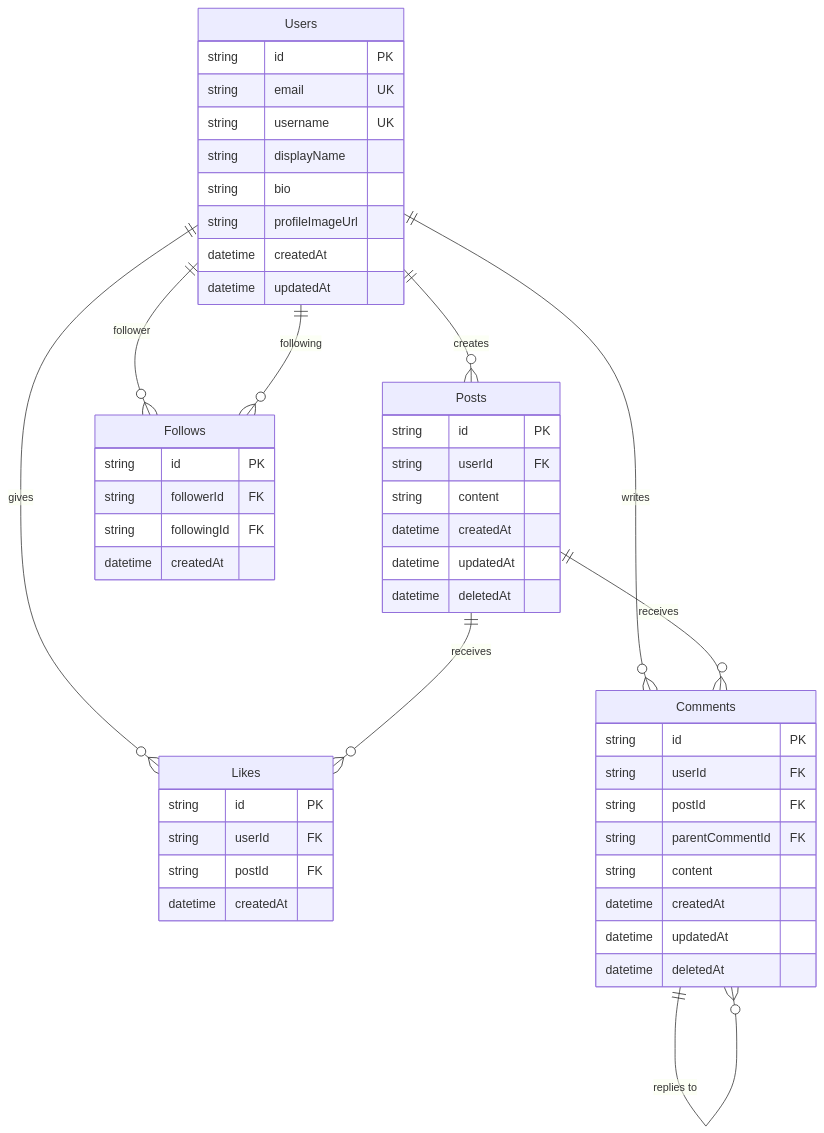
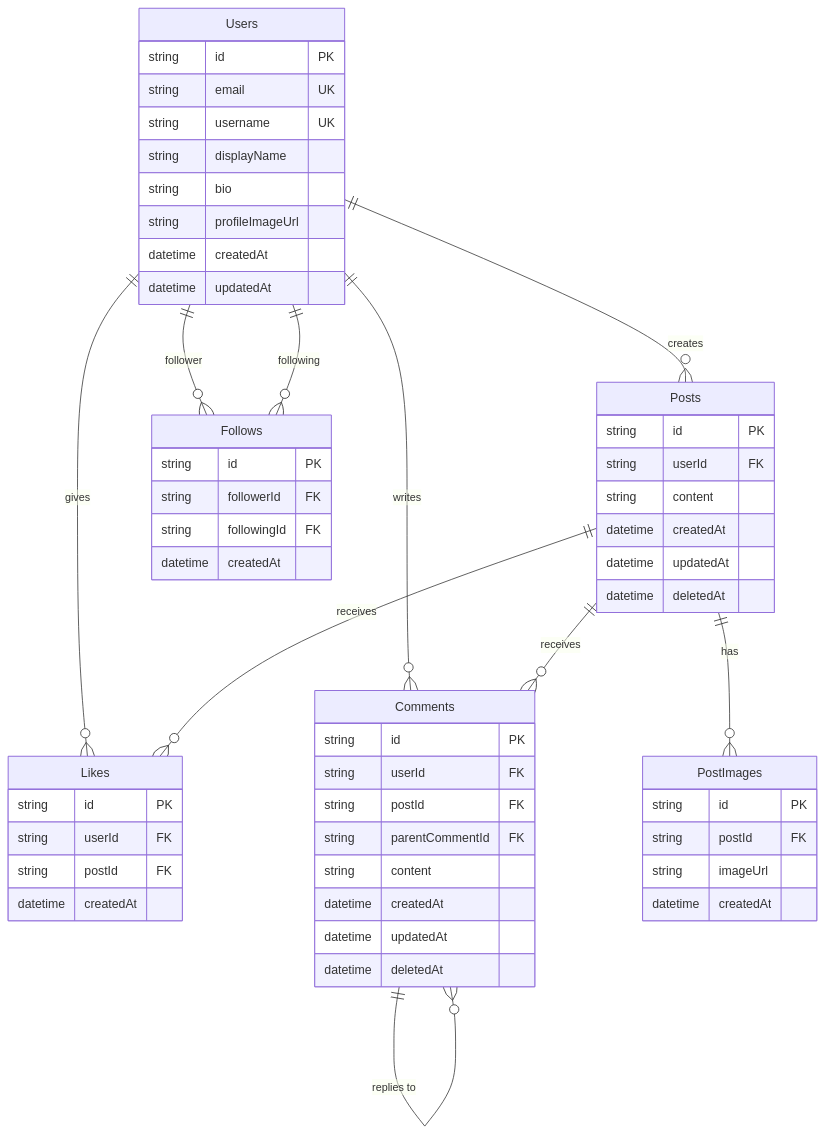
The diagram in document.md (NAGIOuni/docker-prac), drawn with Mermaid before and after one commit. The commit also changed other lines of this file, not shown here.

````diff
--- a/document.md
+++ b/document.md
@@ -54,56 +74,64 @@
 ```mermaid
 erDiagram
     Users {
         string id PK
         string email UK
         string username UK
         string displayName
         string bio
         string profileImageUrl
         datetime createdAt
         datetime updatedAt
     }
 
     Posts {
         string id PK
         string userId FK
         string content
         datetime createdAt
         datetime updatedAt
         datetime deletedAt
     }
 
     Follows {
         string id PK
         string followerId FK
         string followingId FK
         datetime createdAt
     }
 
     Likes {
         string id PK
         string userId FK
         string postId FK
         datetime createdAt
     }
 
     Comments {
         string id PK
         string userId FK
         string postId FK
         string parentCommentId FK
         string content
         datetime createdAt
         datetime updatedAt
         datetime deletedAt
     }
 
+    PostImages {
+        string id PK
+        string postId FK
+        string imageUrl
+        datetime createdAt
+    }
+
     Users ||--o{ Posts : "creates"
     Users ||--o{ Follows : "follower"
     Users ||--o{ Follows : "following"
     Users ||--o{ Likes : "gives"
     Posts ||--o{ Likes : "receives"
     Users ||--o{ Comments : "writes"
     Posts ||--o{ Comments : "receives"
     Comments ||--o{ Comments : "replies to"
+    Posts ||--o{ PostImages : "has"
 ```
````
